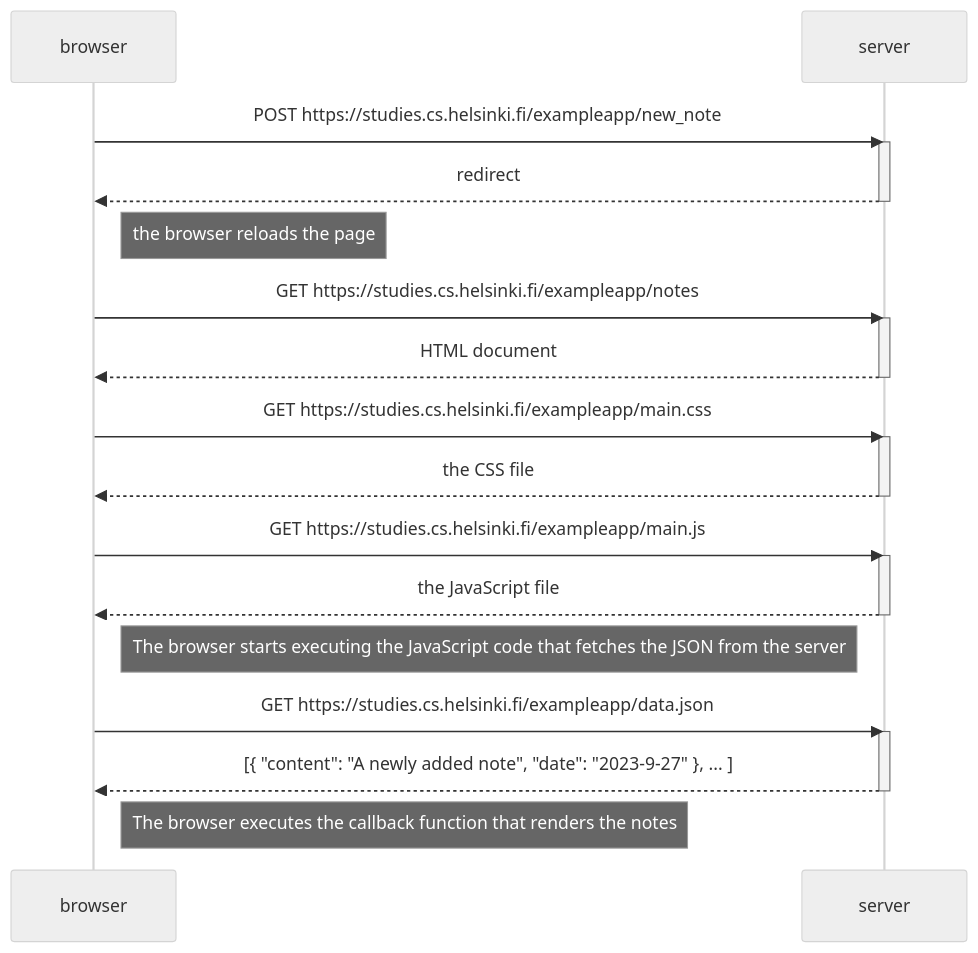
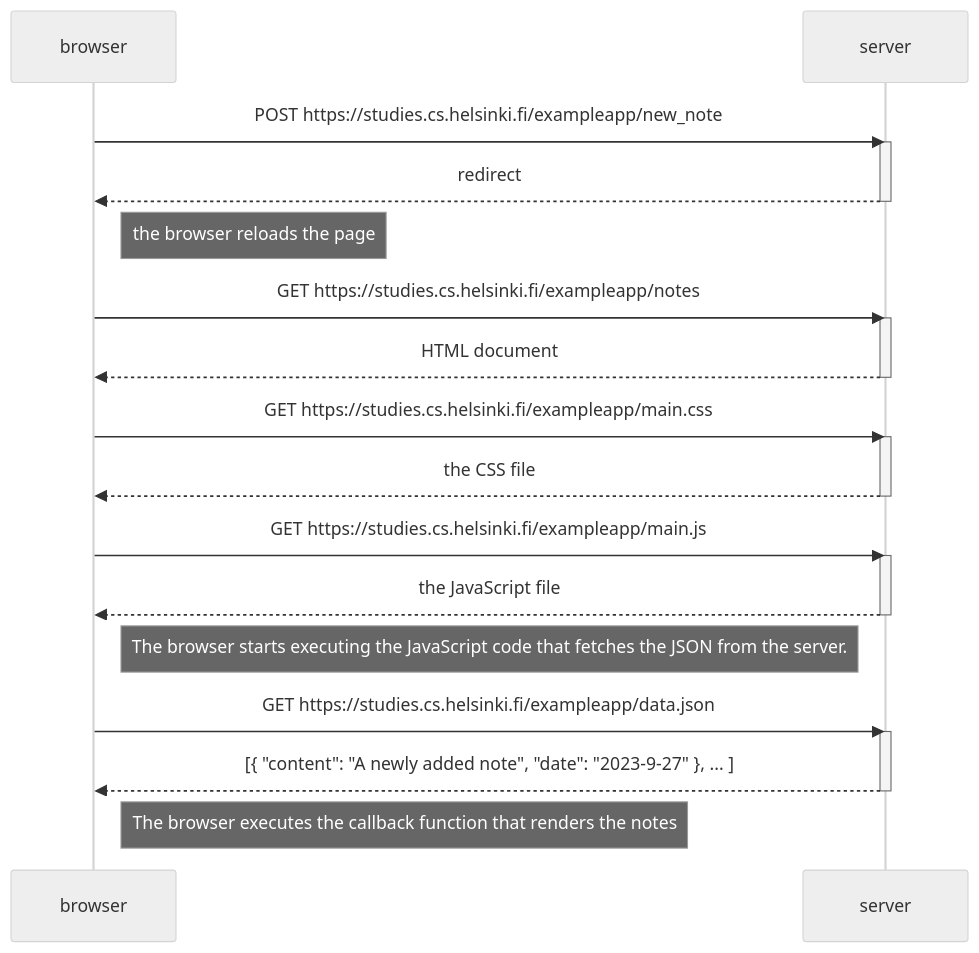
One commit to AlexanderGurnet/fullstackopen changed the diagram in part0/0.4/new_note_diagram.md. Above: the diagram before and after it, drawn with Mermaid (neutral theme).

````diff
--- a/part0/0.4/new_note_diagram.md
+++ b/part0/0.4/new_note_diagram.md
@@ -2,35 +2,35 @@
 ```mermaid
   sequenceDiagram
     participant browser
     participant server
 
     browser->>server: POST https://studies.cs.helsinki.fi/exampleapp/new_note
     activate server
     server-->>browser: redirect
     deactivate server
     Note right of browser: the browser reloads the page
 
     browser->>server: GET https://studies.cs.helsinki.fi/exampleapp/notes
     activate server
     server-->>browser: HTML document
     deactivate server
     
     browser->>server: GET https://studies.cs.helsinki.fi/exampleapp/main.css
     activate server
     server-->>browser: the CSS file
     deactivate server
 
     browser->>server: GET https://studies.cs.helsinki.fi/exampleapp/main.js
     activate server
     server-->>browser: the JavaScript file
     deactivate server
 
-    Note right of browser: The browser starts executing the JavaScript code that fetches the JSON from the server
+    Note right of browser: The browser starts executing the JavaScript code that fetches the JSON from the server.
 
     browser->>server: GET https://studies.cs.helsinki.fi/exampleapp/data.json
     activate server
     server-->>browser: [{ "content": "A newly added note", "date": "2023-9-27" }, ... ]
     deactivate server
 
     Note right of browser: The browser executes the callback function that renders the notes
 ```
````
